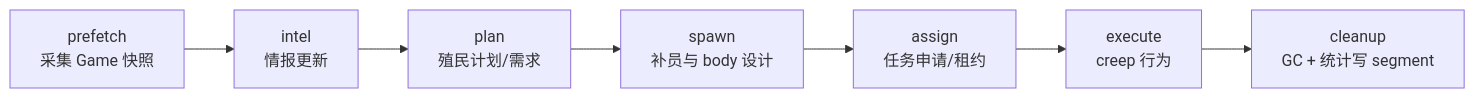
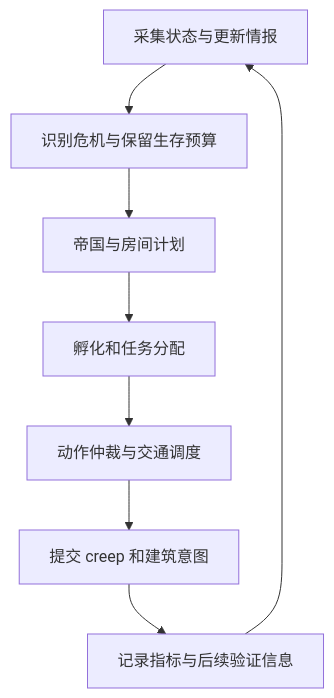
The diagram in PLAN.md (Darkiiiiiice/screep), drawn with Mermaid before and after one commit. The commit also changed other lines of this file and 38 other files, not shown here.

````diff
--- a/PLAN.md
+++ b/PLAN.md
@@ -178,9 +82,10 @@
 ```mermaid
-flowchart LR
-  A[prefetch<br/>采集 Game 快照] --> B[intel<br/>情报更新]
-  B --> C[plan<br/>殖民计划/需求]
-  C --> D[spawn<br/>补员与 body 设计]
-  D --> E[assign<br/>任务申请/租约]
-  E --> F[execute<br/>creep 行为]
-  F --> G[cleanup<br/>GC + 统计写 segment]
+flowchart TD
+  A[采集状态与更新情报] --> B[识别危机与保留生存预算]
+  B --> C[帝国与房间计划]
+  C --> D[孵化和任务分配]
+  D --> E[动作仲裁与交通调度]
+  E --> F[提交 creep 和建筑意图]
+  F --> G[记录指标与后续验证信息]
+  G --> A
 ```
````
